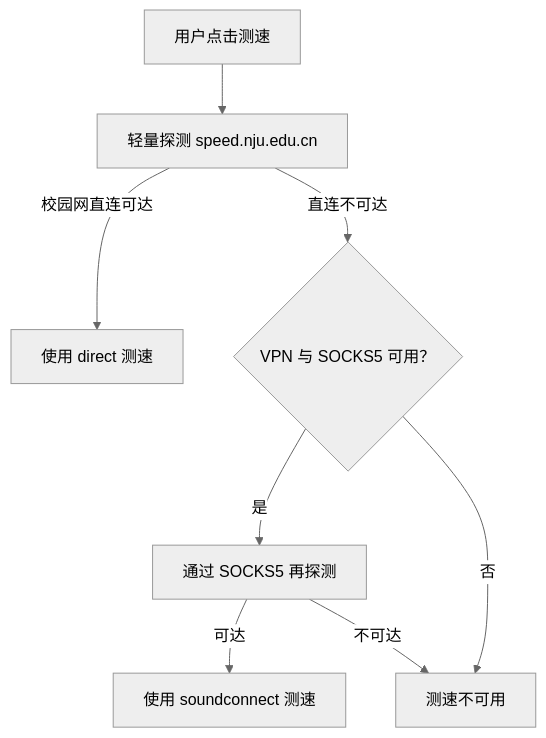
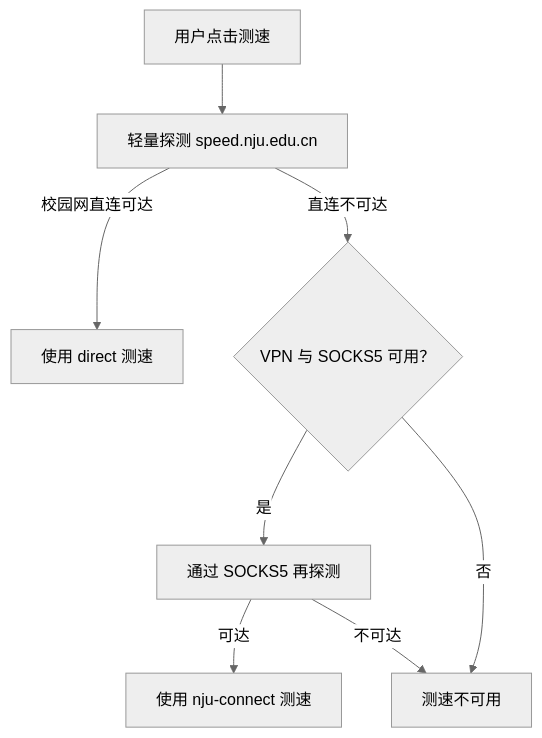
The third of 4 diagrams in macos/README.md (soundadam/nju-connect), drawn with Mermaid (neutral theme) before and after one commit. The commit also changed other lines of this file and 434 other files, not shown here.

First line of the commit message:
refactor: rename the project to nju-connect

````diff
--- a/macos/README.md
+++ b/macos/README.md
@@ -73,10 +73,10 @@
 ```mermaid
 flowchart TD
     T["用户点击测速"] --> P["轻量探测 speed.nju.edu.cn"]
     P -->|"校园网直连可达"| R1["使用 direct 测速"]
     P -->|"直连不可达"| V{"VPN 与 SOCKS5 可用？"}
     V -->|"是"| P2["通过 SOCKS5 再探测"]
-    P2 -->|"可达"| R2["使用 soundconnect 测速"]
+    P2 -->|"可达"| R2["使用 nju-connect 测速"]
     P2 -->|"不可达"| E["测速不可用"]
     V -->|"否"| E
 ```
````
